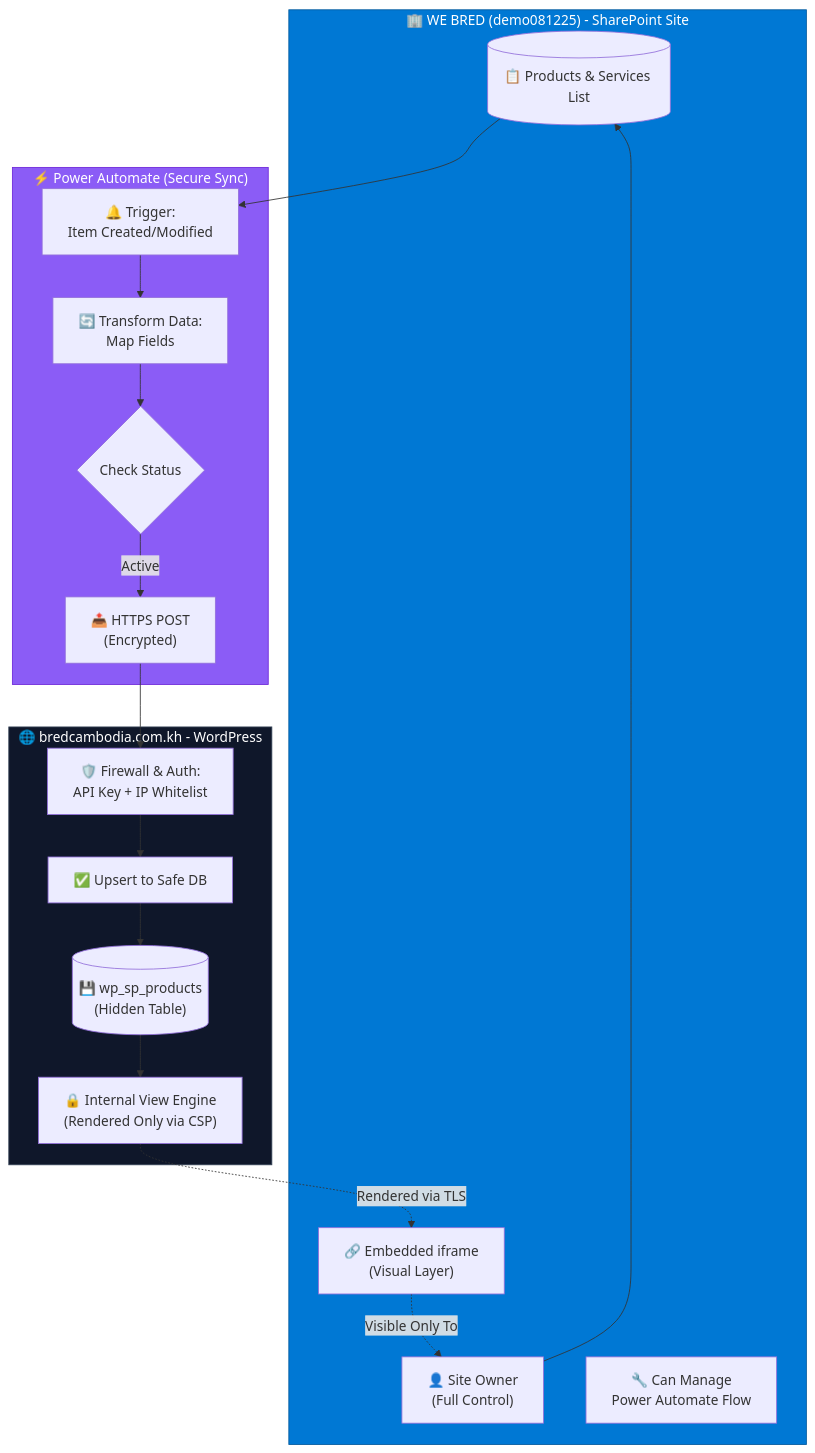
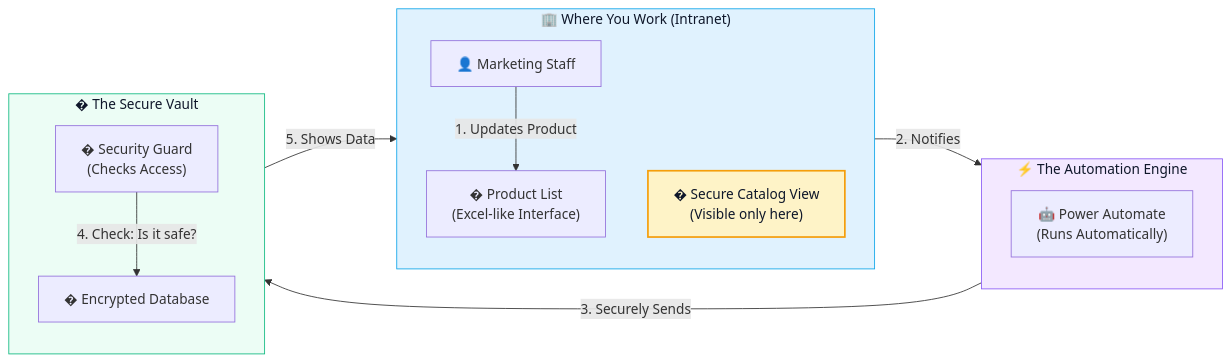
One commit to soengkanel/soengkanel.github.io changed the diagram in _posts/2025-12-13-[BC]-wordpress-sharepoint-product-catalog-plugin.md. Above: the diagram before and after it, drawn with Mermaid. The commit also changed other lines of this file, not shown here.

Commit message:
Simplify flow diagram for executive/marketing audience

````diff
--- a/_posts/2025-12-13-[BC]-wordpress-sharepoint-product-catalog-plugin.md
+++ b/_posts/2025-12-13-[BC]-wordpress-sharepoint-product-catalog-plugin.md
@@ -82,39 +82,34 @@
 ```mermaid
-flowchart TD
-    subgraph WEBRED["🏢 WE BRED (demo081225) - SharePoint Site"]
-        A[("📋 Products & Services List")] 
-        B["👤 Site Owner<br/>(Full Control)"]
-        B2["🔧 Can Manage<br/>Power Automate Flow"]
-        Q["🔗 Embedded iframe<br/>(Visual Layer)"]
+flowchart LR
+    %% Areas
+    subgraph Office["🏢 Where You Work (Intranet)"]
+        direction TB
+        Staff["👤 Marketing Staff"]
+        List["� Product List<br/>(Excel-like Interface)"]
+        View["�️ Secure Catalog View<br/>(Visible only here)"]
     end
 
-    subgraph PowerAutomate["⚡ Power Automate (Secure Sync)"]
-        D["🔔 Trigger:<br/>Item Created/Modified"]
-        E["🔄 Transform Data:<br/>Map Fields"]
-        F{"Check Status"}
-        G["📤 HTTPS POST<br/>(Encrypted)"]
+    subgraph Automation["⚡ The Automation Engine"]
+        direction TB
+        Robot["🤖 Power Automate<br/>(Runs Automatically)"]
     end
 
-    subgraph BRED["🌐 bredcambodia.com.kh - WordPress"]
-        I["🛡️ Firewall & Auth:<br/>API Key + IP Whitelist"]
-        K["✅ Upsert to Safe DB"]
-        M[("💾 wp_sp_products<br/>(Hidden Table)")]
-        N["🔒 Internal View Engine<br/>(Rendered Only via CSP)"]
+    subgraph System["� The Secure Vault"]
+        direction TB
+        Safe["� Encrypted Database"]
+        Guard["�️ Security Guard<br/>(Checks Access)"]
     end
 
-    B --> A
-    A --> D
-    D --> E
-    E --> F
-    F -->|"Active"| G
-    G --> I
-    I --> K
-    K --> M
-    M --> N
-    N -.->|"Rendered via TLS"| Q
-    Q -.->|"Visible Only To"| B
+    %% Flow Connections
+    Staff -->|"1. Updates Product"| List
+    List -->|"2. Notifies"| Robot
+    Robot -->|"3. Securely Sends"| Guard
+    Guard -->|"4. Check: Is it safe?"| Safe
+    Safe -->|"5. Shows Data"| View
 
-    style WEBRED fill:#0078d4,stroke:#005a9e,color:#fff
-    style PowerAutomate fill:#8b5cf6,stroke:#6d28d9,color:#fff
-    style BRED fill:#0f172a,stroke:#334155,color:#fff
+    %% Styling
+    style Office fill:#e0f2fe,stroke:#0ea5e9,color:#0f172a
+    style Automation fill:#f3e8ff,stroke:#8b5cf6,color:#0f172a
+    style System fill:#ecfdf5,stroke:#10b981,color:#0f172a
+    style View fill:#fef3c7,stroke:#f59e0b,stroke-width:2px,color:#0f172a
 ```
````
